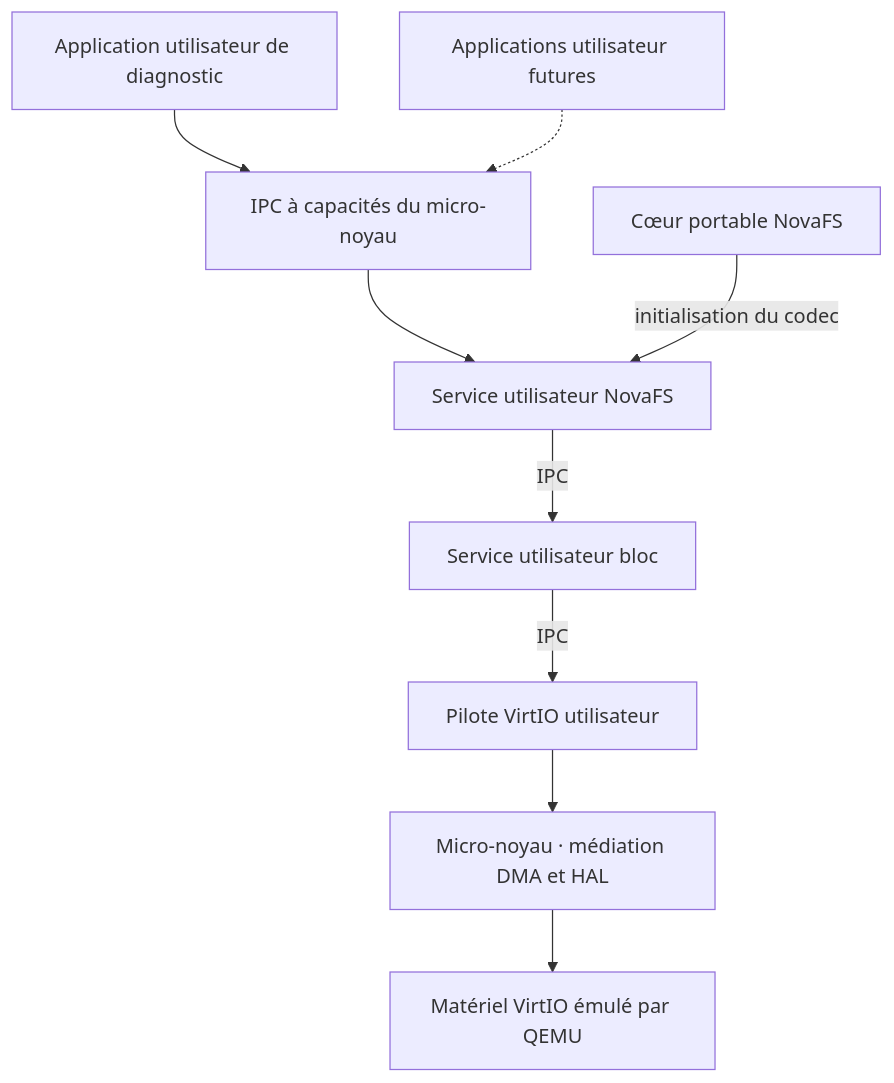
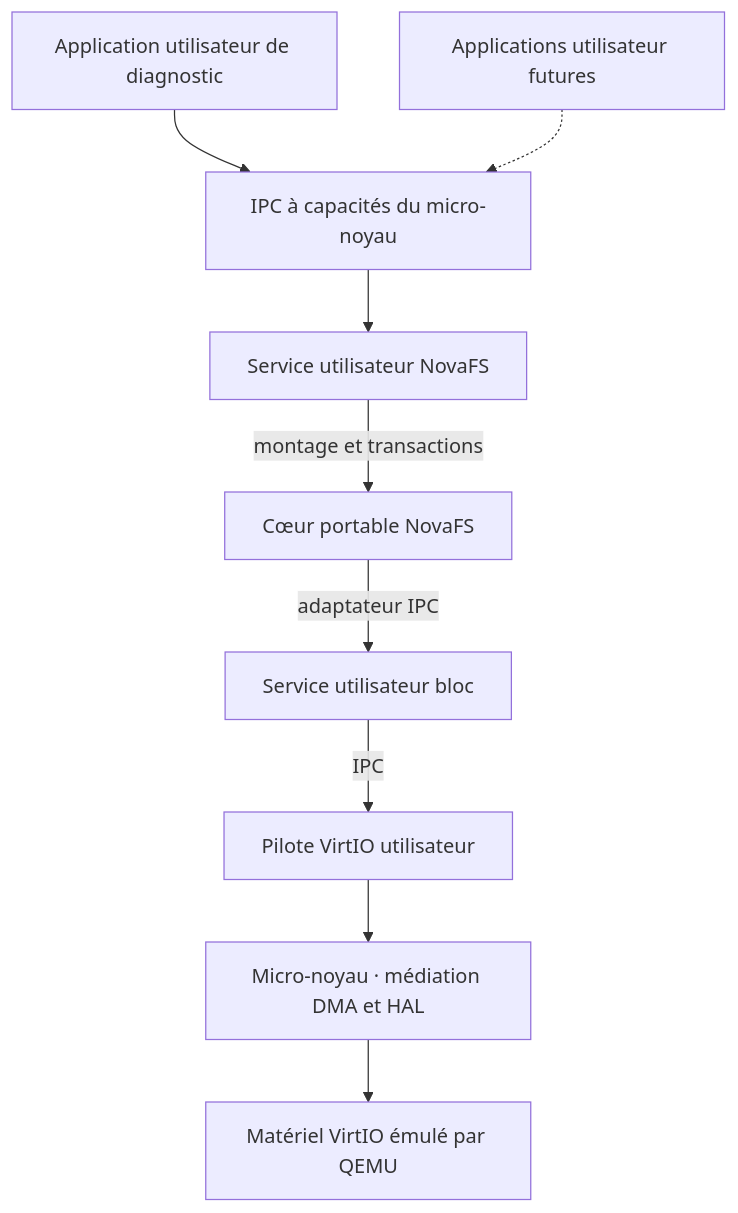
One commit to NaviStorm/NovaOS changed the diagram in README.md. Above: the diagram before and after it, drawn with Mermaid. The commit also changed other lines of this file and 27 other files, not shown here.

Commit message:
NovaOS v0.11.0 — Intégration : montage natif et transactions NovaFS

````diff
--- a/README.md
+++ b/README.md
@@ -15,11 +15,11 @@
 ```mermaid
 flowchart TD
     app[Application utilisateur de diagnostic] --> ipc[IPC à capacités du micro-noyau]
     apps[Applications utilisateur futures] -.-> ipc
     ipc --> fs[Service utilisateur NovaFS]
-    fs -->|IPC| bloc[Service utilisateur bloc]
-    moteur[Cœur portable NovaFS] -->|initialisation du codec| fs
+    fs -->|montage et transactions| moteur[Cœur portable NovaFS]
+    moteur -->|adaptateur IPC| bloc[Service utilisateur bloc]
     bloc -->|IPC| pilote[Pilote VirtIO utilisateur]
     pilote --> noyau[Micro-noyau · médiation DMA et HAL]
     noyau --> materiel[Matériel VirtIO émulé par QEMU]
 ```
````
